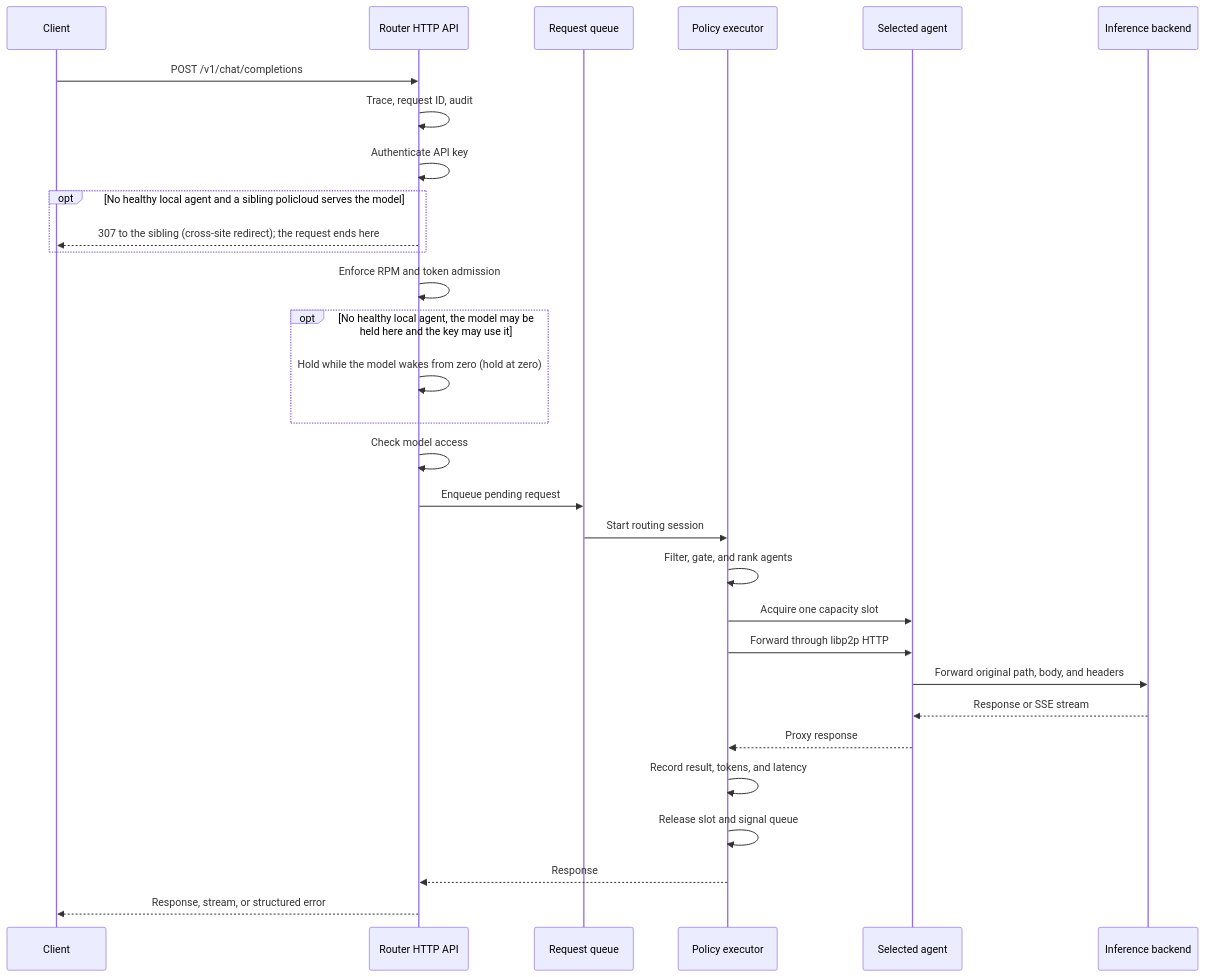
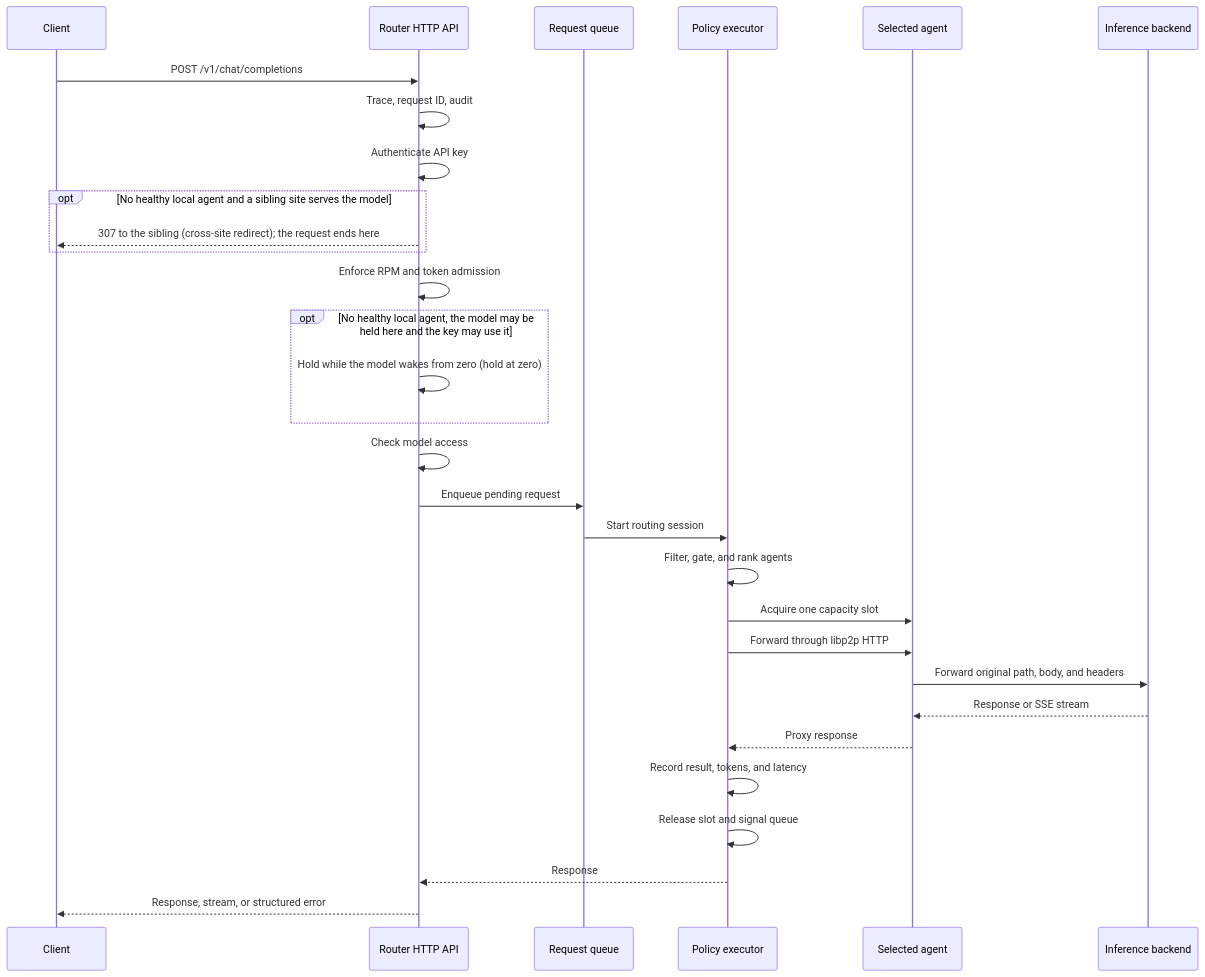
Before and after one commit to HivenetOSS/hivenet_router: the fourth of 5 diagrams in docs/reference/detailed-architecture.mdx, drawn with Mermaid. The commit also changed other lines of this file and 25 other files, not shown here.

Commit message:
refactor!: call a group of routers that share agents a site, not a policloud (#87)

````diff
--- a/docs/reference/detailed-architecture.mdx
+++ b/docs/reference/detailed-architecture.mdx
@@ -530,33 +530,33 @@
 ```mermaid
 sequenceDiagram
     participant C as Client
     participant H as Router HTTP API
     participant Q as Request queue
     participant P as Policy executor
     participant A as Selected agent
     participant E as Inference backend
 
     C->>H: POST /v1/chat/completions
     H->>H: Trace, request ID, audit
     H->>H: Authenticate API key
-    opt No healthy local agent and a sibling policloud serves the model
+    opt No healthy local agent and a sibling site serves the model
         H-->>C: 307 to the sibling (cross-site redirect)#59; the request ends here
     end
     H->>H: Enforce RPM and token admission
     opt No healthy local agent, the model may be held here and the key may use it
         H->>H: Hold while the model wakes from zero (hold at zero)
     end
     H->>H: Check model access
     H->>Q: Enqueue pending request
     Q->>P: Start routing session
     P->>P: Filter, gate, and rank agents
     P->>A: Acquire one capacity slot
     P->>A: Forward through libp2p HTTP
     A->>E: Forward original path, body, and headers
     E-->>A: Response or SSE stream
     A-->>P: Proxy response
     P->>P: Record result, tokens, and latency
     P->>P: Release slot and signal queue
     P-->>H: Response
     H-->>C: Response, stream, or structured error
 ```
````
